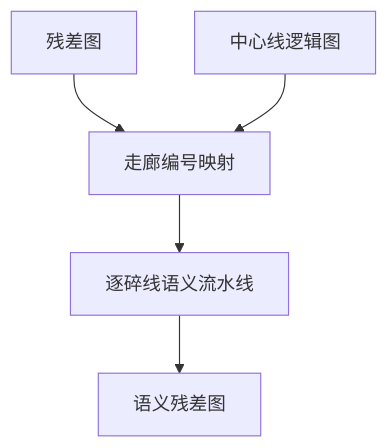
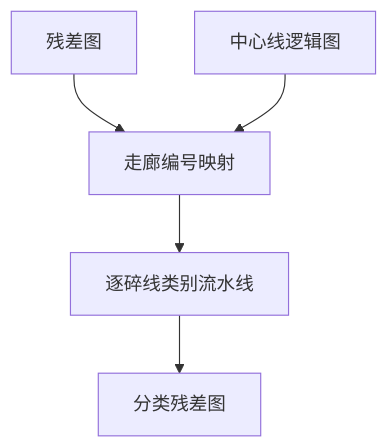
The third of 3 diagrams in 5.29/docs/02-methods.md (18842814171/25.9), drawn with Mermaid before and after one commit. The commit also changed other lines of this file and 46 other files, not shown here.

````diff
--- a/5.29/docs/02-methods.md
+++ b/5.29/docs/02-methods.md
@@ -251,7 +251,7 @@
 ```mermaid
 flowchart TD
   RG[残差图] --> MAP[走廊编号映射]
   CL[中心线逻辑图] --> MAP
-  MAP --> CLS[逐碎线语义流水线]
-  CLS --> OUT[语义残差图]
+  MAP --> CLS[逐碎线类别流水线]
+  CLS --> OUT[分类残差图]
 ```
````
